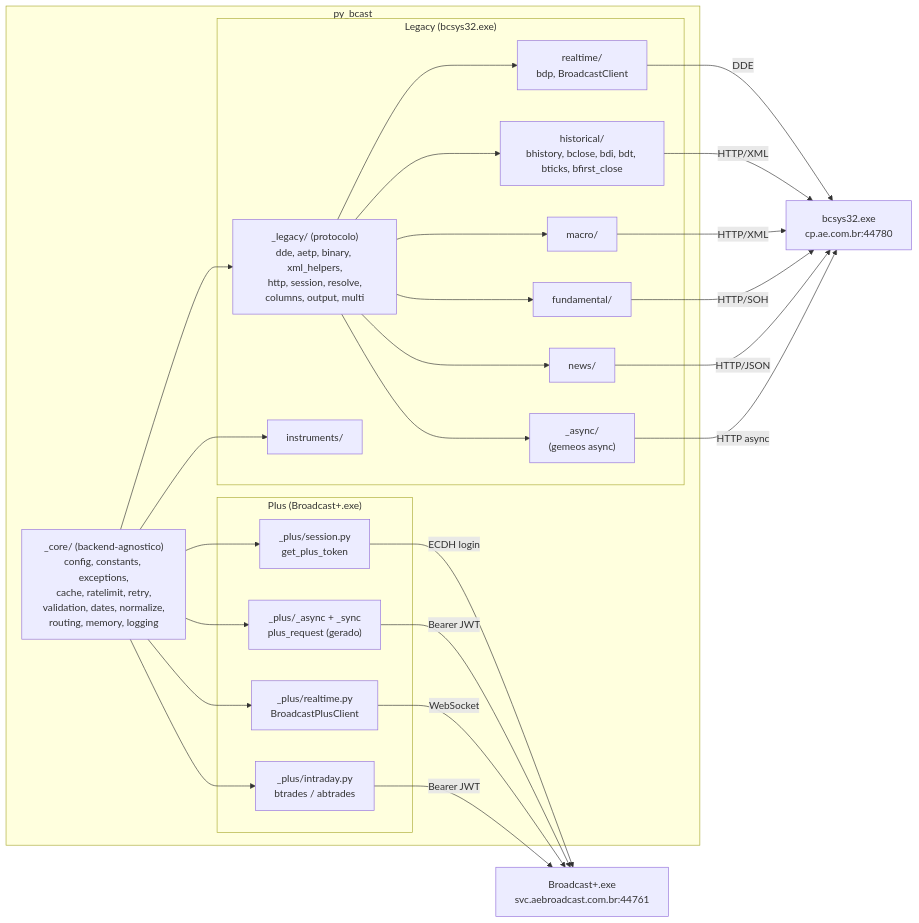
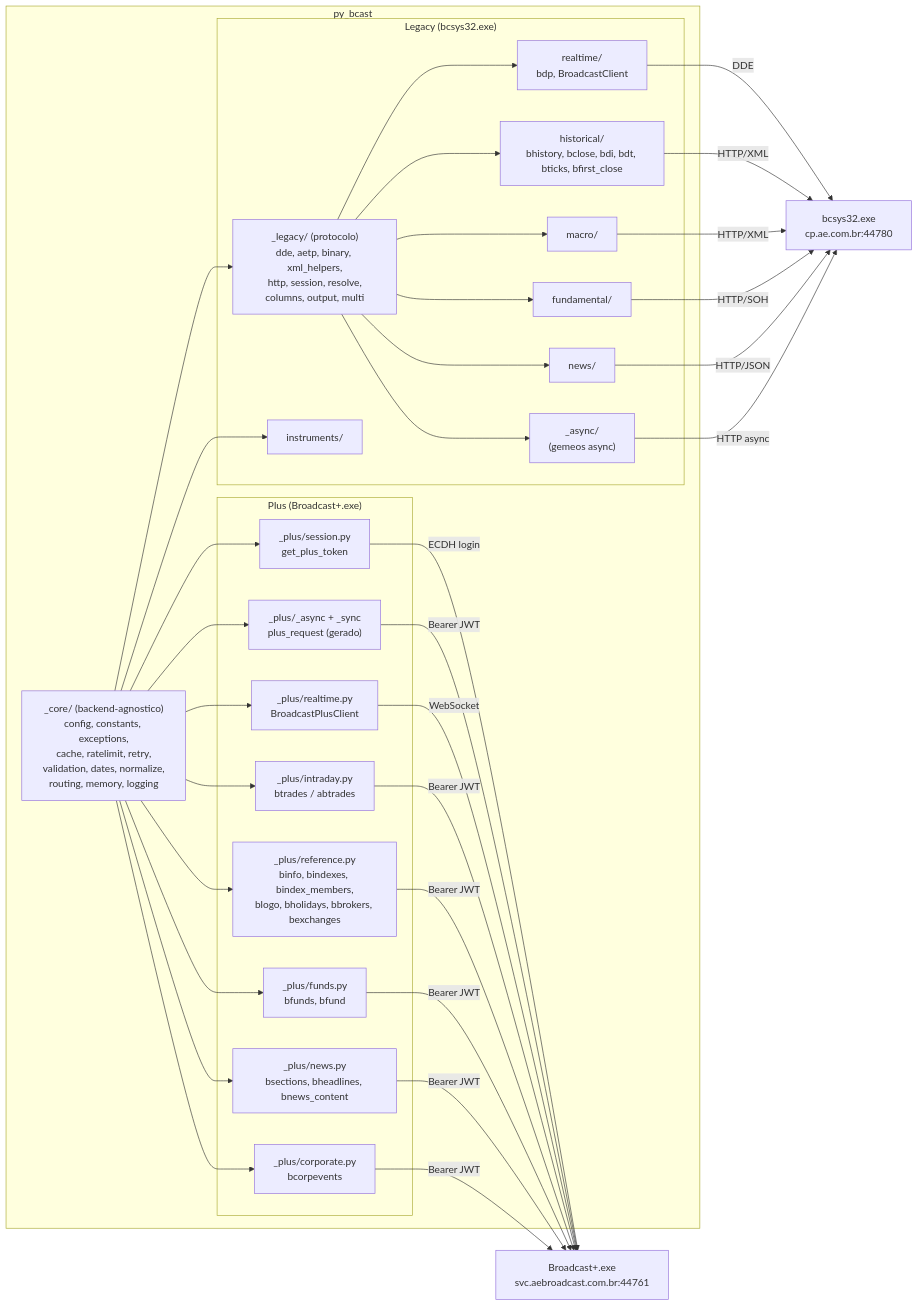
The diagram in docs/architecture.md (enzoomoreira/py-bcast), drawn with Mermaid before and after one commit. The commit also changed other lines of this file and 6 other files, not shown here.

````diff
--- a/docs/architecture.md
+++ b/docs/architecture.md
@@ -18,48 +18,60 @@
 ```mermaid
 graph LR
     subgraph "py_bcast"
         CORE["_core/ (backend-agnostico)<br/>config, constants, exceptions,<br/>cache, ratelimit, retry,<br/>validation, dates, normalize,<br/>routing, memory, logging"]
 
         subgraph "Legacy (bcsys32.exe)"
             L_PROTO["_legacy/ (protocolo)<br/>dde, aetp, binary, xml_helpers,<br/>http, session, resolve,<br/>columns, output, multi"]
             L_RT["realtime/<br/>bdp, BroadcastClient"]
             L_HIST["historical/<br/>bhistory, bclose, bdi, bdt, bticks, bfirst_close"]
             L_MACRO["macro/"]
             L_FUND["fundamental/"]
             L_NEWS["news/"]
             L_INST["instruments/"]
             L_ASYNC["_async/<br/>(gemeos async)"]
         end
 
         subgraph "Plus (Broadcast+.exe)"
             P_SESS["_plus/session.py<br/>get_plus_token"]
             P_HTTP["_plus/_async + _sync<br/>plus_request (gerado)"]
             P_RT["_plus/realtime.py<br/>BroadcastPlusClient"]
             P_INTRA["_plus/intraday.py<br/>btrades / abtrades"]
+            P_REF["_plus/reference.py<br/>binfo, bindexes, bindex_members,<br/>blogo, bholidays, bbrokers, bexchanges"]
+            P_FUNDS["_plus/funds.py<br/>bfunds, bfund"]
+            P_NEWS["_plus/news.py<br/>bsections, bheadlines, bnews_content"]
+            P_CORP["_plus/corporate.py<br/>bcorpevents"]
         end
 
         CORE --> L_PROTO
         L_PROTO --> L_RT
         L_PROTO --> L_HIST
         L_PROTO --> L_MACRO
         L_PROTO --> L_FUND
         L_PROTO --> L_NEWS
         L_PROTO --> L_ASYNC
         CORE --> L_INST
         CORE --> P_SESS
         CORE --> P_HTTP
         CORE --> P_RT
         CORE --> P_INTRA
+        CORE --> P_REF
+        CORE --> P_FUNDS
+        CORE --> P_NEWS
+        CORE --> P_CORP
     end
 
     L_RT -->|"DDE"| BCSYS["bcsys32.exe<br/>cp.ae.com.br:44780"]
     L_HIST -->|"HTTP/XML"| BCSYS
     L_MACRO -->|"HTTP/XML"| BCSYS
     L_FUND -->|"HTTP/SOH"| BCSYS
     L_NEWS -->|"HTTP/JSON"| BCSYS
     L_ASYNC -->|"HTTP async"| BCSYS
     P_SESS -->|"ECDH login"| PLUS["Broadcast+.exe<br/>svc.aebroadcast.com.br:44761"]
     P_HTTP -->|"Bearer JWT"| PLUS
     P_RT -->|"WebSocket"| PLUS
     P_INTRA -->|"Bearer JWT"| PLUS
+    P_REF -->|"Bearer JWT"| PLUS
+    P_FUNDS -->|"Bearer JWT"| PLUS
+    P_NEWS -->|"Bearer JWT"| PLUS
+    P_CORP -->|"Bearer JWT"| PLUS
 ```
````
